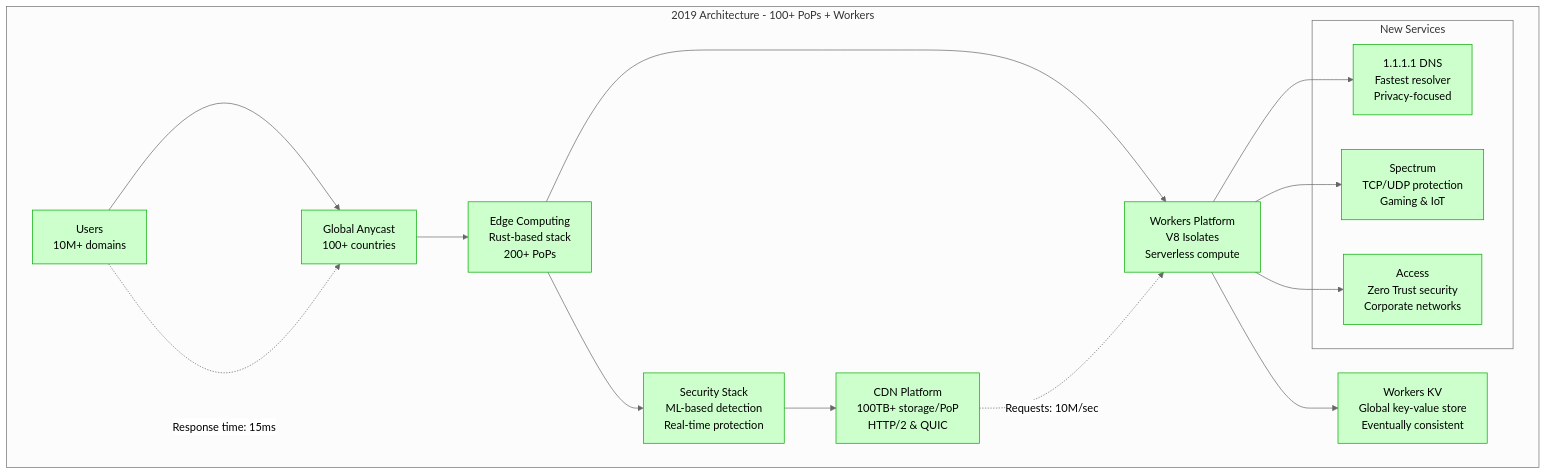
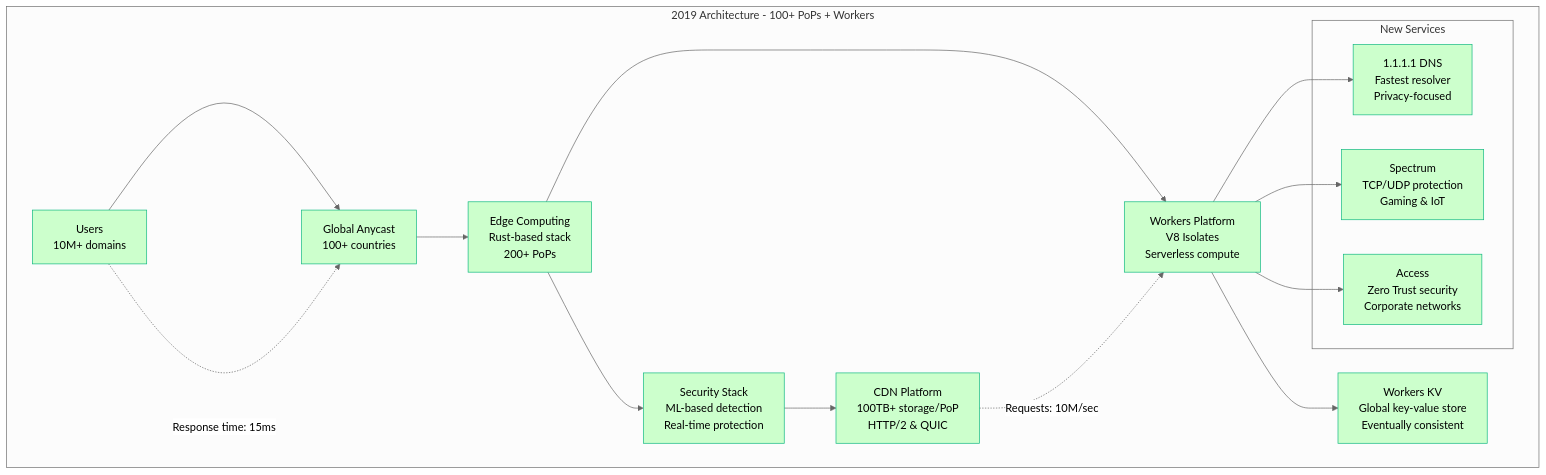
One commit to deepaucksharma/DS changed the fourth of 8 diagrams in site/docs/systems/cloudflare/scale-evolution.md. Above: the diagram before and after it, drawn with Mermaid (neutral theme). The commit also changed other lines of this file and 303 other files, not shown here.

````diff
--- a/site/docs/systems/cloudflare/scale-evolution.md
+++ b/site/docs/systems/cloudflare/scale-evolution.md
@@ -119,31 +119,31 @@
 ```mermaid
 graph TB
     subgraph "2019 Architecture - 100+ PoPs + Workers"
         USER[Users<br/>10M+ domains] --> ANYCAST[Global Anycast<br/>100+ countries]
         ANYCAST --> EDGE[Edge Computing<br/>Rust-based stack<br/>200+ PoPs]
 
         EDGE --> WORKERS[Workers Platform<br/>V8 Isolates<br/>Serverless compute]
         WORKERS --> KV[Workers KV<br/>Global key-value store<br/>Eventually consistent]
 
         EDGE --> SECURITY[Security Stack<br/>ML-based detection<br/>Real-time protection]
         SECURITY --> CDN[CDN Platform<br/>100TB+ storage/PoP<br/>HTTP/2 & QUIC]
 
         subgraph "New Services"
             DNS[1.1.1.1 DNS<br/>Fastest resolver<br/>Privacy-focused]
             SPECTRUM[Spectrum<br/>TCP/UDP protection<br/>Gaming & IoT]
             ACCESS[Access<br/>Zero Trust security<br/>Corporate networks]
         end
 
         WORKERS --> DNS
         WORKERS --> SPECTRUM
         WORKERS --> ACCESS
     end
 
     %% Massive scale metrics
     USER -.->|Response time: 15ms| ANYCAST
     CDN -.->|Requests: 10M/sec| WORKERS
 
     %% Apply colors
-    classDef scaleStyle fill:#CCFFCC,stroke:#00AA00,color:#000
+    classDef scaleStyle fill:#CCFFCC,stroke:#10B981,color:#000
     class USER,ANYCAST,EDGE,WORKERS,KV,SECURITY,CDN,DNS,SPECTRUM,ACCESS scaleStyle
 ```
````
